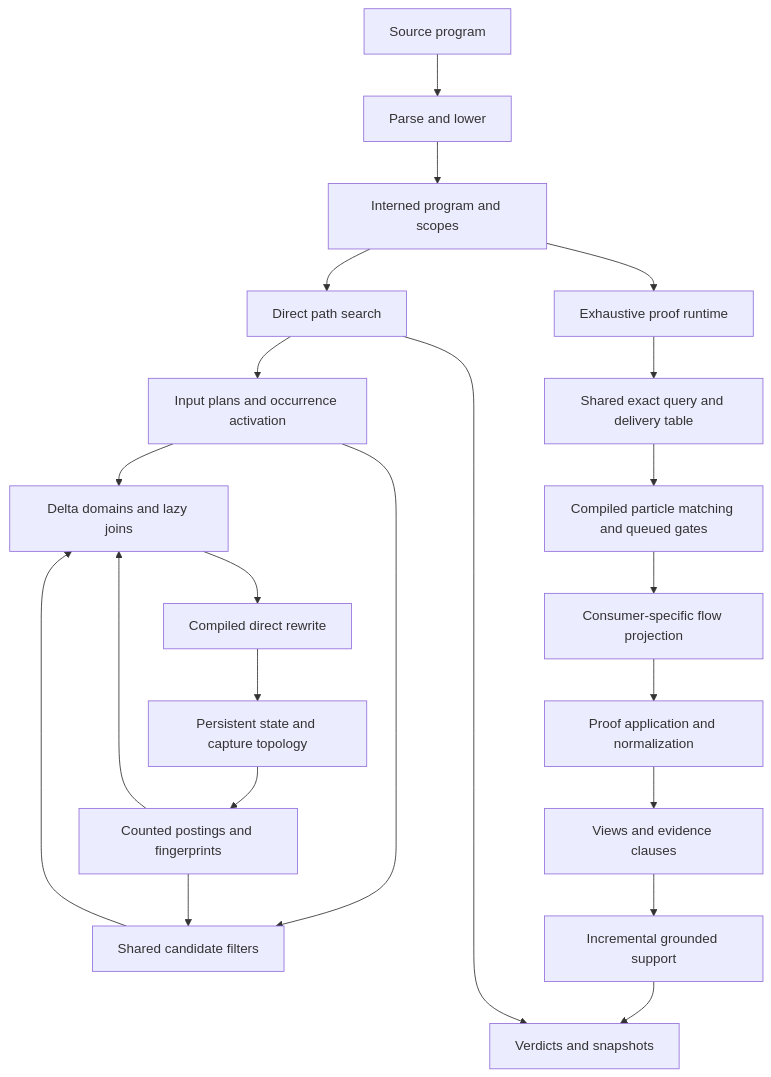
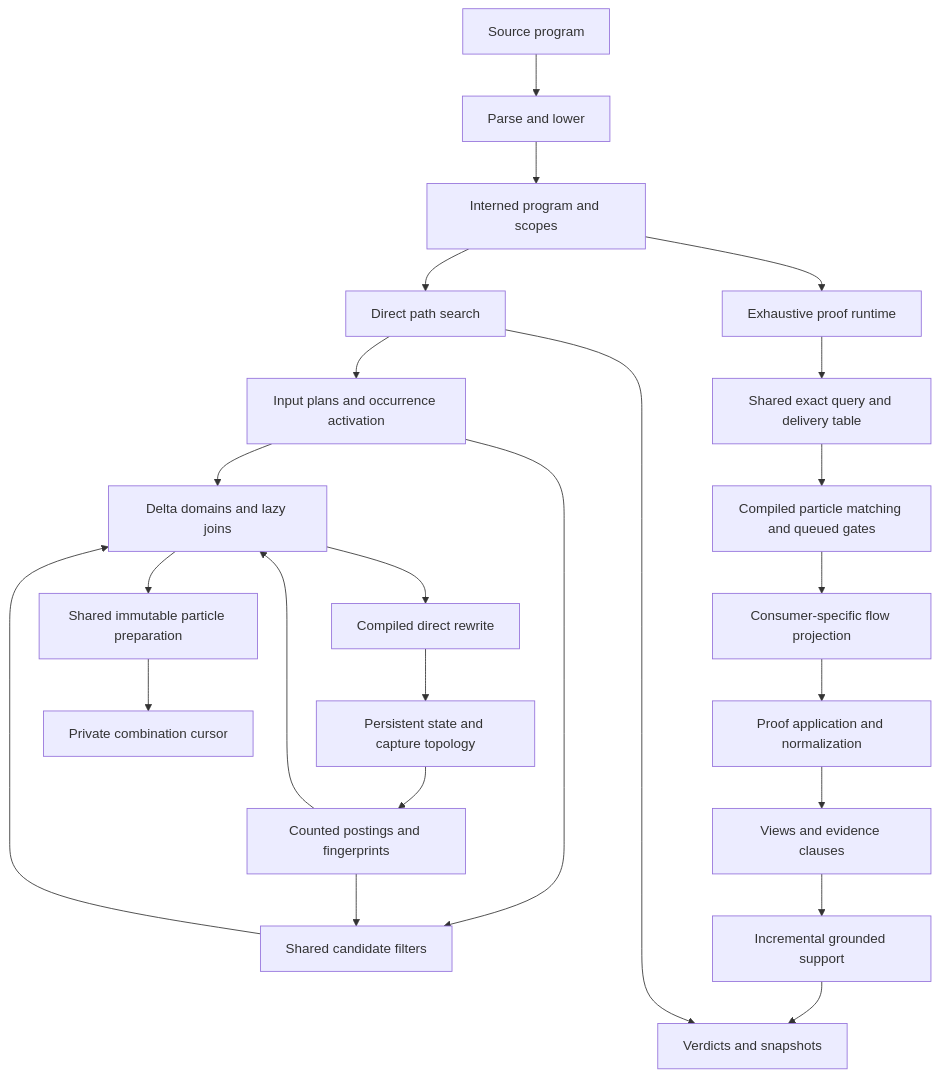
Before and after one commit to Vantle/photonic: the diagram in document/architecture.md, drawn with Mermaid. The commit also changed other lines of this file and 29 other files, not shown here.

Commit message:
Share immutable particle preparation with private matching cursors

````diff
--- a/document/architecture.md
+++ b/document/architecture.md
@@ -28,24 +28,26 @@
 ```mermaid
 flowchart TD
     Source[Source program] --> Frontend[Parse and lower]
     Frontend --> Program[Interned program and scopes]
     Program --> Path[Direct path search]
     Program --> Runtime[Exhaustive proof runtime]
     Path --> Dispatch[Input plans and occurrence activation]
     Dispatch --> Join[Delta domains and lazy joins]
     Dispatch --> Filter[Shared candidate filters]
     Index --> Filter
     Filter --> Join
     Join --> Rewrite[Compiled direct rewrite]
     Rewrite --> State[Persistent state and capture topology]
     State --> Index[Counted postings and fingerprints]
     Index --> Join
+    Join --> Preparation[Shared immutable particle preparation]
+    Preparation --> Cursor[Private combination cursor]
     Runtime --> Table[Shared exact query and delivery table]
     Table --> Gate[Compiled particle matching and queued gates]
     Gate --> Projection[Consumer-specific flow projection]
     Projection --> Application[Proof application and normalization]
     Application --> Evidence[Views and evidence clauses]
     Evidence --> Proof[Incremental grounded support]
     Proof --> Report[Verdicts and snapshots]
     Path --> Report
 ```
````
